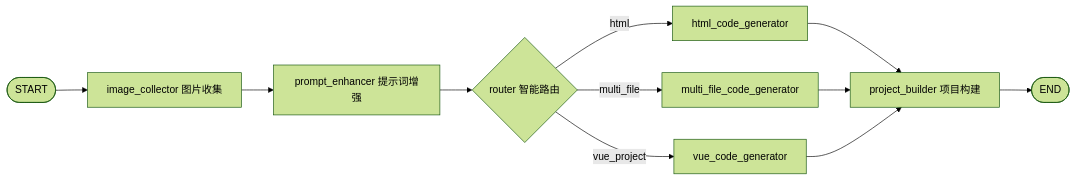
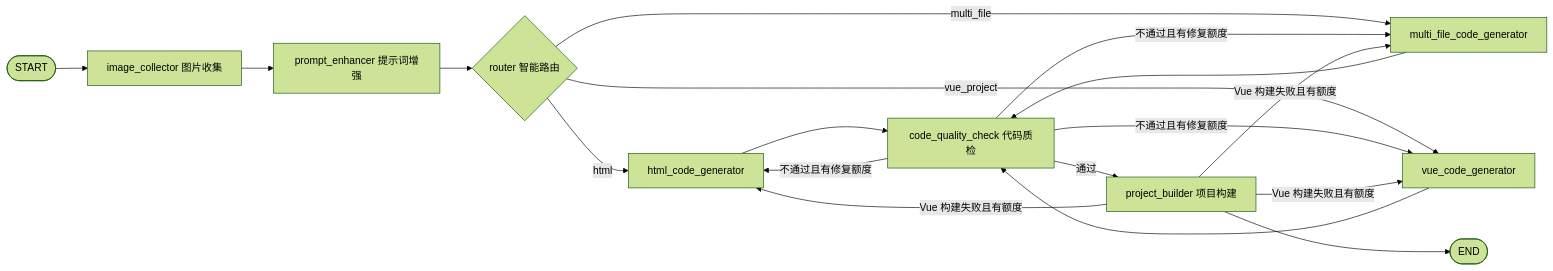
One commit to 520250zgq/ai-code-generation-platform changed the diagram in docs/workflow-module.md. Above: the diagram before and after it, drawn with Mermaid (forest theme). The commit also changed other lines of this file and 117 other files, not shown here.

````diff
--- a/docs/workflow-module.md
+++ b/docs/workflow-module.md
@@ -24,13 +25,20 @@
 ```mermaid
 flowchart LR
   S([START]) --> A[image_collector 图片收集]
   A --> B[prompt_enhancer 提示词增强]
   B --> C{router 智能路由}
   C -->|html| D[html_code_generator]
   C -->|multi_file| E[multi_file_code_generator]
   C -->|vue_project| F[vue_code_generator]
-  D --> G[project_builder 项目构建]
-  E --> G
-  F --> G
+  D --> Q[code_quality_check 代码质检]
+  E --> Q
+  F --> Q
+  Q -->|通过| G[project_builder 项目构建]
+  Q -->|不通过且有修复额度| D
+  Q -->|不通过且有修复额度| E
+  Q -->|不通过且有修复额度| F
+  G -->|Vue 构建失败且有额度| D
+  G -->|Vue 构建失败且有额度| E
+  G -->|Vue 构建失败且有额度| F
   G --> T([END])
 ```
````
